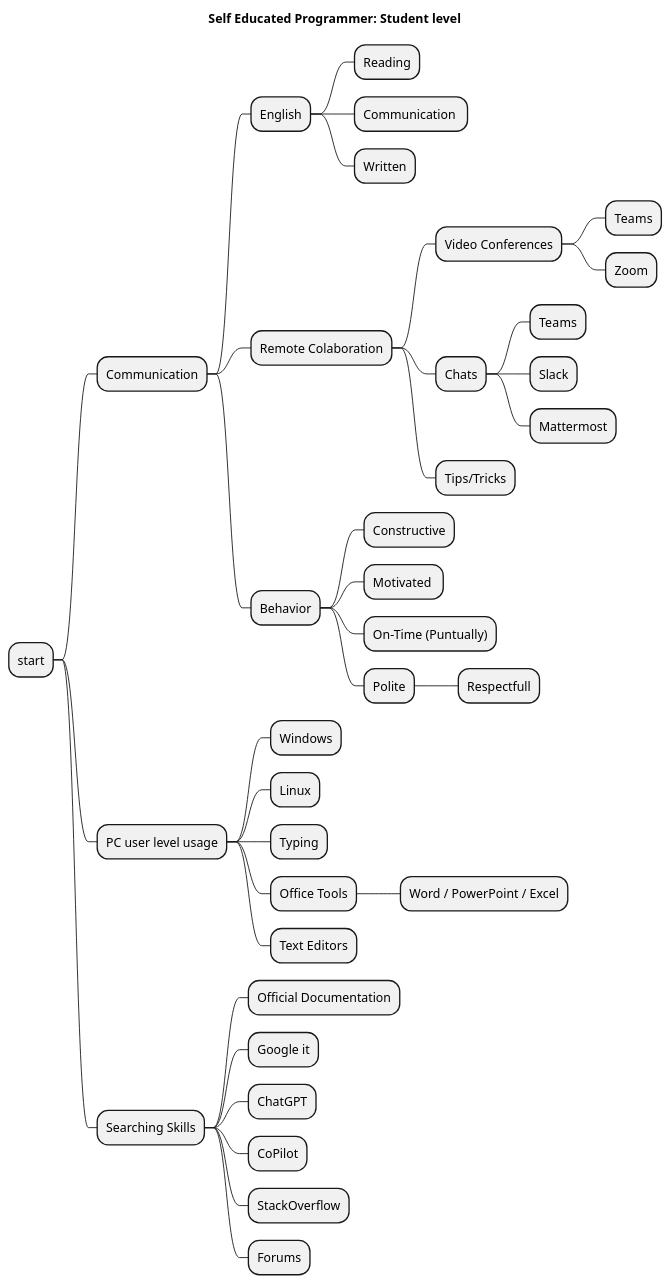
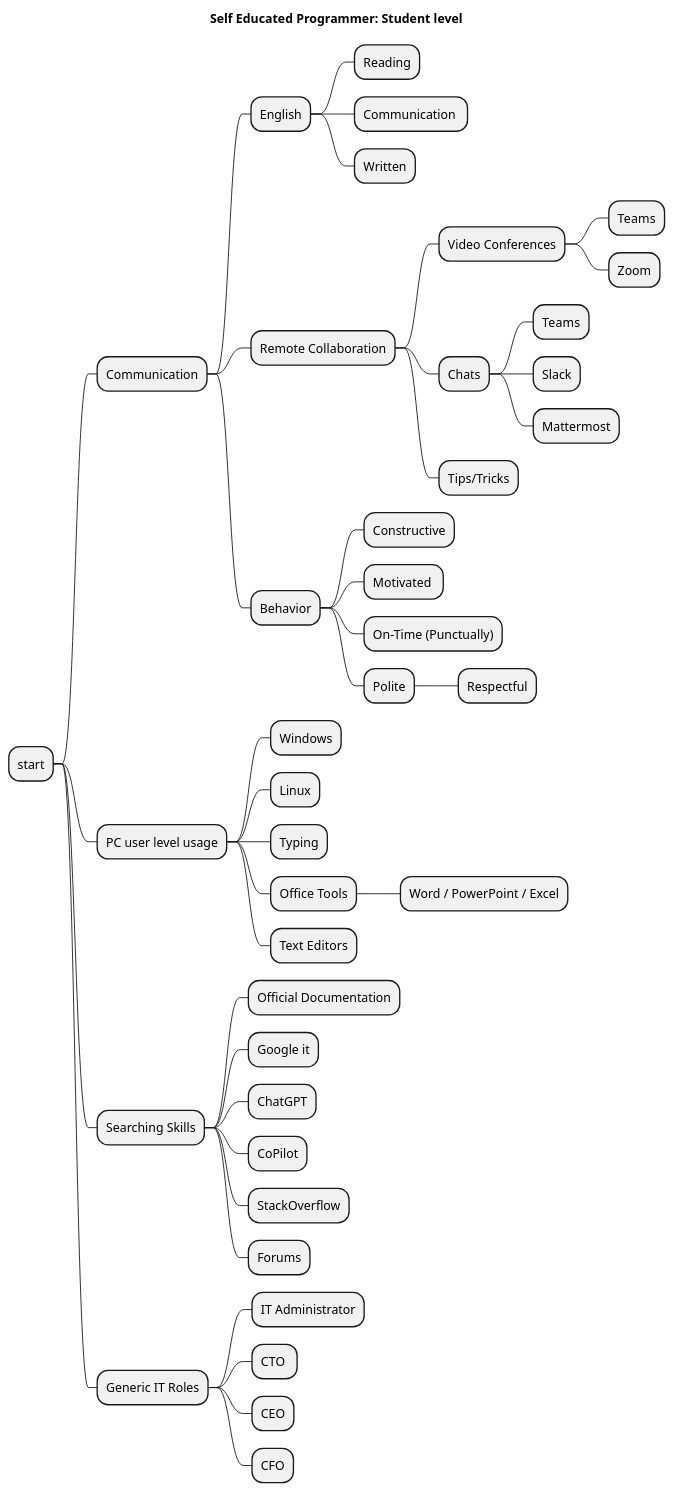
Before and after one commit to SmartSoftDev/self_educated_software_programmer_path: the diagram in src/student_level.puml, drawn with PlantUML. The commit also changed 14 other files, not shown here.

```diff
--- a/src/student_level.puml
+++ b/src/student_level.puml
@@ -1,42 +1,47 @@
 @startmindmap
 title Self Educated Programmer: Student level
 
 * start
 ** Communication
 *** English
 **** Reading
 **** Communication 
 **** Written
-*** Remote Colaboration
+*** Remote Collaboration
 **** Video Conferences
 ***** Teams
 ***** Zoom
 **** Chats
 ***** Teams
 ***** Slack
 ***** Mattermost
 **** Tips/Tricks
 *** Behavior
 **** Constructive
 **** Motivated 
-**** On-Time (Puntually)
+**** On-Time (Punctually)
 **** Polite
-***** Respectfull
+***** Respectful
 
 ** PC user level usage
 *** Windows
 *** Linux
 *** Typing
 *** Office Tools
 **** Word / PowerPoint / Excel
 *** Text Editors
 
 ** Searching Skills
 *** Official Documentation
 *** Google it
 *** ChatGPT
 *** CoPilot
 *** StackOverflow
 *** Forums
+** Generic IT Roles
+*** IT Administrator
+*** CTO 
+*** CEO
+*** CFO
 
 @endmindmap
```
